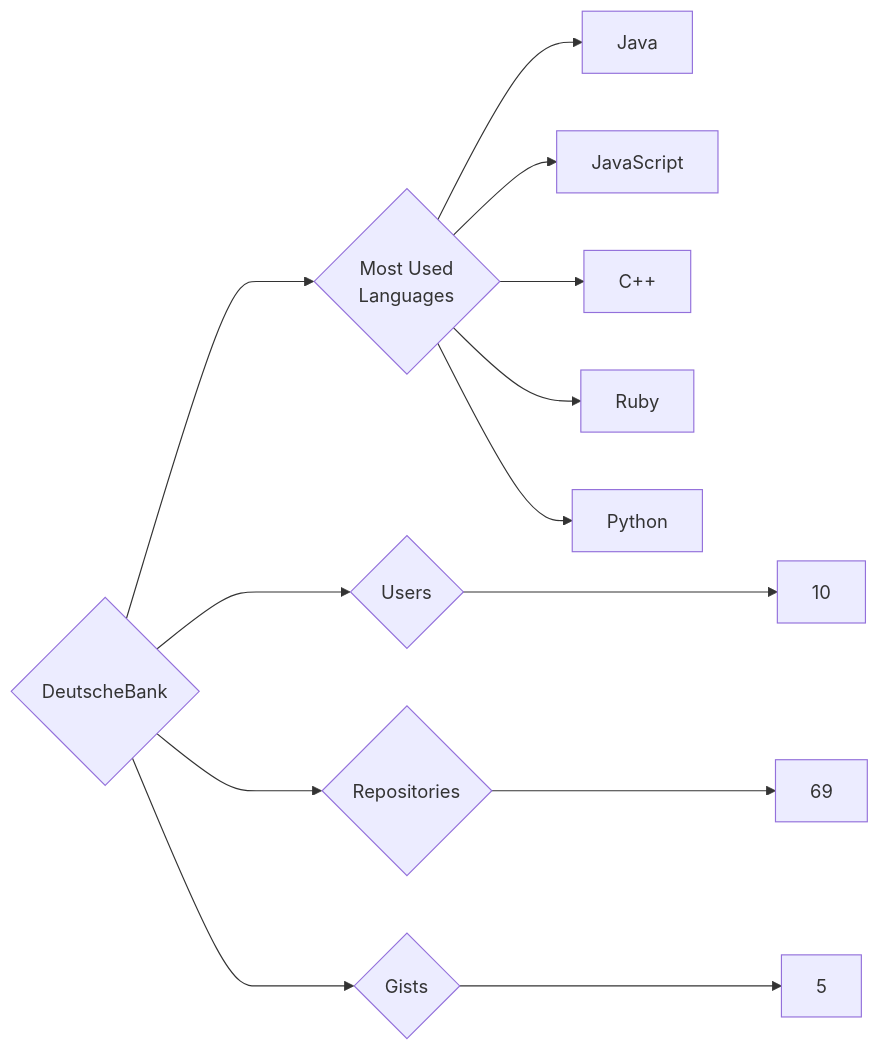
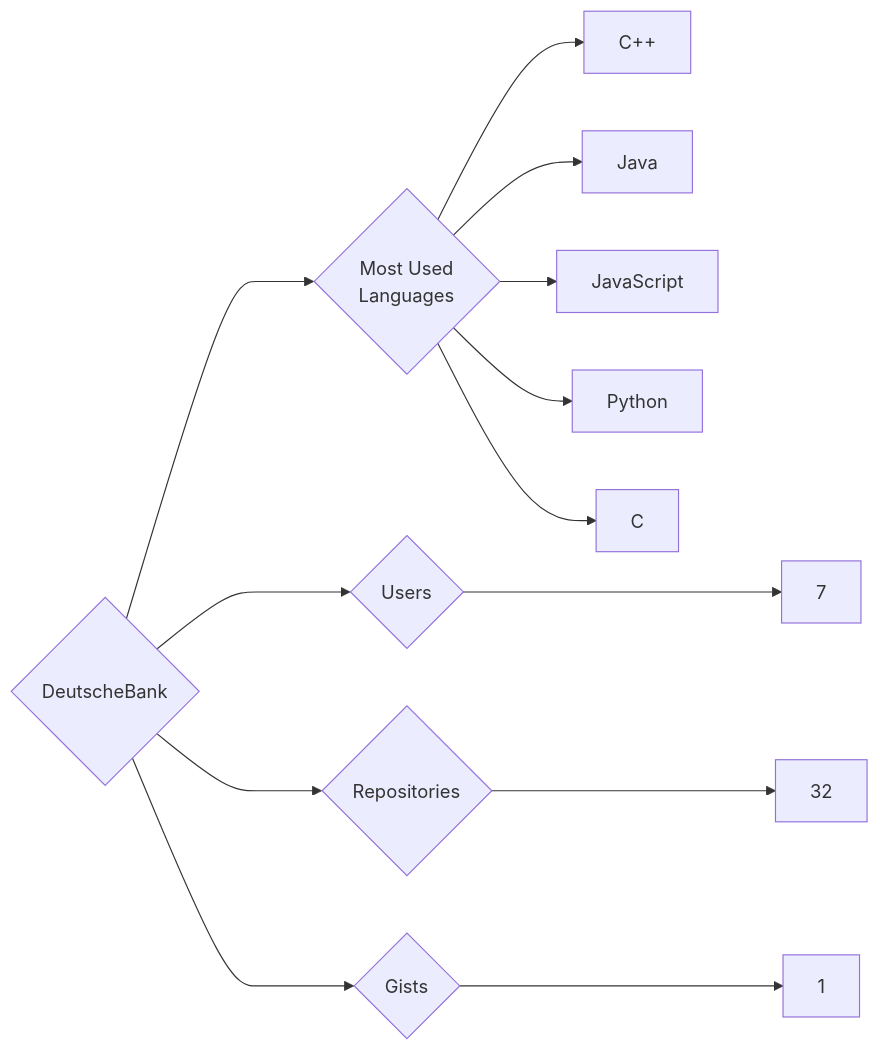
Before and after one commit to trickest/insiders: the diagram in targets/DeutscheBank/README.md, drawn with Mermaid. The commit also changed 1078 other files, not shown here.

````diff
--- a/targets/DeutscheBank/README.md
+++ b/targets/DeutscheBank/README.md
@@ -3,13 +3,13 @@
 ```mermaid
 graph LR
 COMPANY_NAME{DeutscheBank}
-COMPANY_NAME ---> U{Users} ---> UN[10]
-COMPANY_NAME ---> R{Repositories} ---> RN[69]
-COMPANY_NAME ---> G{Gists} ---> GN[5]
+COMPANY_NAME ---> U{Users} ---> UN[7]
+COMPANY_NAME ---> R{Repositories} ---> RN[32]
+COMPANY_NAME ---> G{Gists} ---> GN[1]
 COMPANY_NAME ---> ML{Most Used<br>Languages}
+ML --> C++[C++]
 ML --> Java[Java]
 ML --> JavaScript[JavaScript]
-ML --> C++[C++]
-ML --> Ruby[Ruby]
 ML --> Python[Python]
+ML --> C[C]
 ```
````
